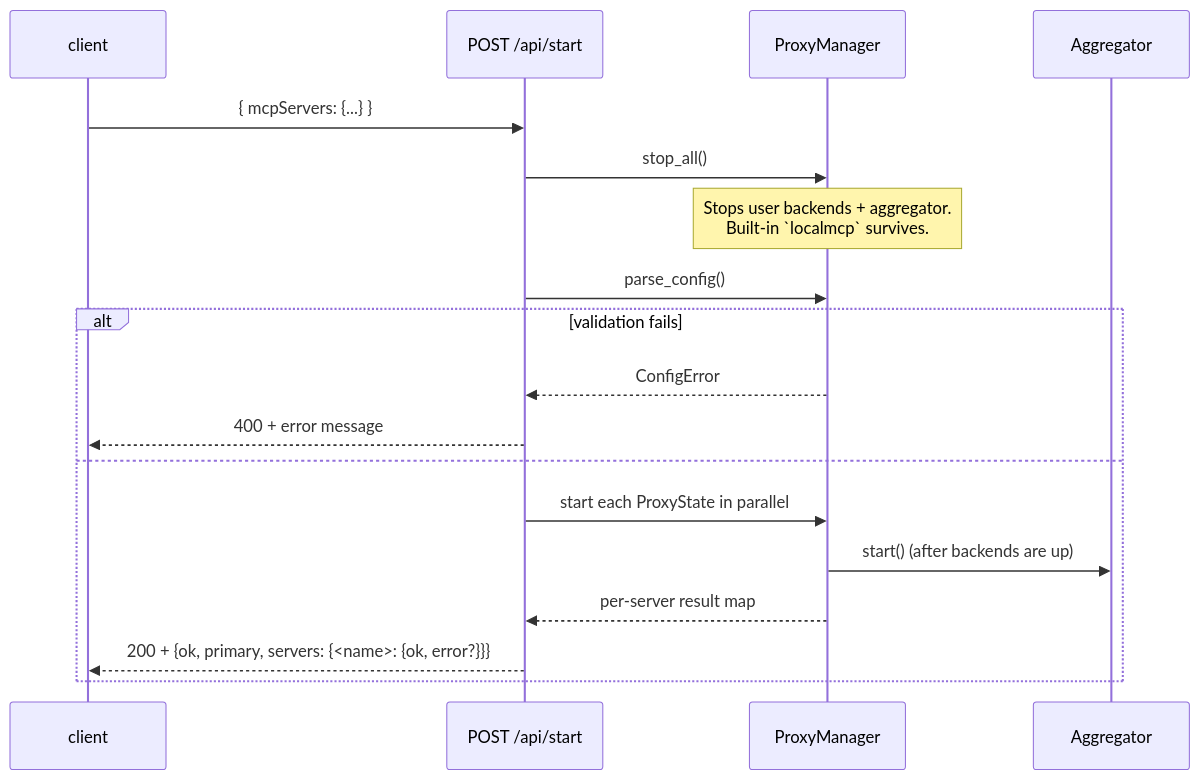
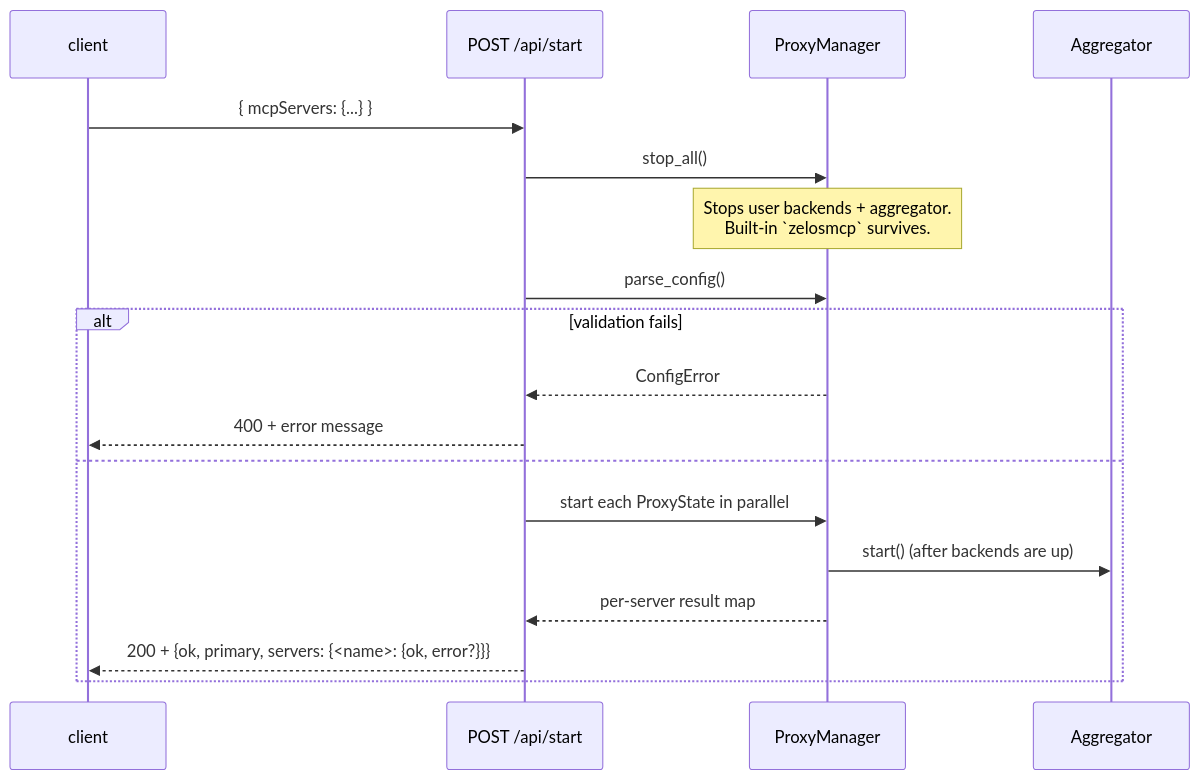
Before and after one commit to kmechlin/zelosmcp: the diagram in docs/configuration.md, drawn with Mermaid. The commit also changed other lines of this file and 52 other files, not shown here.

````diff
--- a/docs/configuration.md
+++ b/docs/configuration.md
@@ -177,20 +177,20 @@
 ```mermaid
 sequenceDiagram
   participant client
   participant api as POST /api/start
   participant mgr as ProxyManager
   participant agg as Aggregator
   client->>api: { mcpServers: {...} }
   api->>mgr: stop_all()
-  Note over mgr: Stops user backends + aggregator.<br/>Built-in `localmcp` survives.
+  Note over mgr: Stops user backends + aggregator.<br/>Built-in `zelosmcp` survives.
   api->>mgr: parse_config()
   alt validation fails
     mgr-->>api: ConfigError
     api-->>client: 400 + error message
   else
     api->>mgr: start each ProxyState in parallel
     mgr->>agg: start() (after backends are up)
     mgr-->>api: per-server result map
     api-->>client: 200 + {ok, primary, servers: {<name>: {ok, error?}}}
   end
 ```
````
